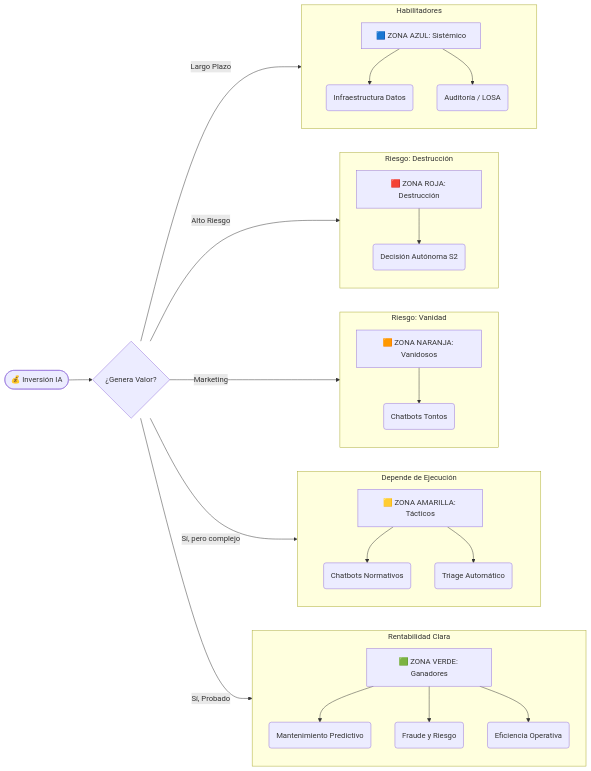
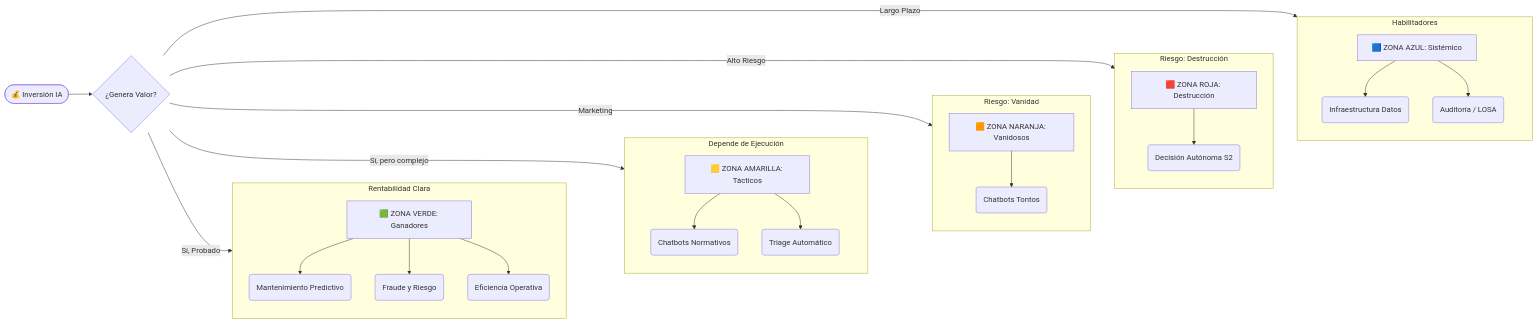
The diagram in docs/guias/12-ROI-Financiero.md (jccarvajal/Arquitectura-IA), drawn with Mermaid before and after one commit.

````diff
--- a/docs/guias/12-ROI-Financiero.md
+++ b/docs/guias/12-ROI-Financiero.md
@@ -15,43 +15,52 @@
 ```mermaid
 graph LR
     Invest([💰 Inversión IA]) --> Evaluacion{¿Genera Valor?}
 
     %% ZONA VERDE
     Evaluacion -->|Sí, Probado| Green[🟩 ZONA VERDE: Ganadores]
     subgraph Z_Green [Rentabilidad Clara]
         direction TB
         Green --> G1(Mantenimiento Predictivo)
         Green --> G2(Fraude y Riesgo)
         Green --> G3(Eficiencia Operativa)
     end
 
     %% ZONA AMARILLA
     Evaluacion -->|Sí, pero complejo| Yellow[🟨 ZONA AMARILLA: Tácticos]
     subgraph Z_Yellow [Depende de Ejecución]
         direction TB
         Yellow --> Y1(Chatbots Normativos)
         Yellow --> Y2(Triage Automático)
     end
 
     %% ZONA NARANJA
     Evaluacion -->|Marketing| Orange[🟧 ZONA NARANJA: Vanidosos]
     subgraph Z_Orange [Riesgo: Vanidad]
         direction TB
         Orange --> O1(Chatbots Tontos)
     end
 
     %% ZONA ROJA
     Evaluacion -->|Alto Riesgo| Red[🟥 ZONA ROJA: Destrucción]
     subgraph Z_Red [Riesgo: Destrucción]
         direction TB
         Red --> R1(Decisión Autónoma S2)
     end
 
     %% ZONA AZUL
     Evaluacion -->|Largo Plazo| Blue[🟦 ZONA AZUL: Sistémico]
     subgraph Z_Blue [Habilitadores]
         direction TB
         Blue --> B1(Infraestructura Datos)
         Blue --> B2(Auditoría / LOSA)
     end
+
+    %% --- FORZAR EL ORDEN VERTICAL ---
+    %% Usamos enlaces invisibles (~~~) para apilar los subgráficos
+    %% en el orden deseado: Verde -> Amarillo -> Naranja -> Rojo -> Azul
+
+    Z_Green ~~~ Z_Yellow
+    Z_Yellow ~~~ Z_Orange
+    Z_Orange ~~~ Z_Red
+    Z_Red ~~~ Z_Blue
 ```
````
